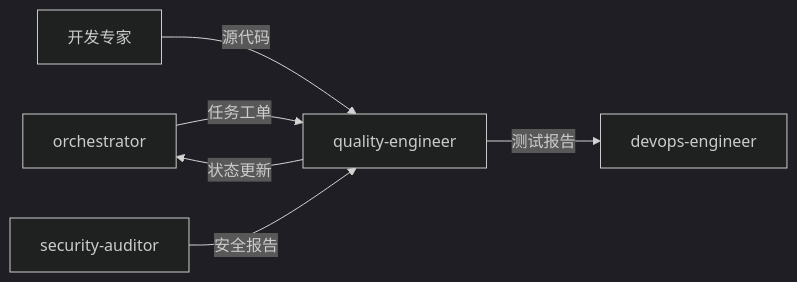
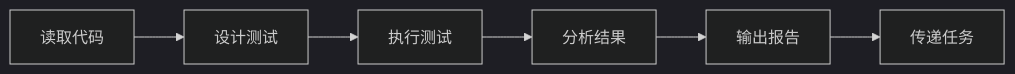
One commit to Tooooommy/Trae-Workflow changed the diagram in skills/quality-engineer/SKILL.md. Above: the diagram before and after it, drawn with Mermaid (dark theme). The commit also changed other lines of this file and 8 other files, not shown here.

````diff
--- a/skills/quality-engineer/SKILL.md
+++ b/skills/quality-engineer/SKILL.md
@@ -60,8 +60,8 @@
 ```mermaid
 flowchart LR
-    A[orchestrator] -->|任务工单| B[quality-engineer]
-    C[开发专家] -->|源代码| B
-    D[security-auditor] -->|安全报告| B
-    B -->|测试报告| E[devops-engineer]
-    B -->|状态更新| A
+    A[读取代码] --> B[设计测试]
+    B --> C[执行测试]
+    C --> D[分析结果]
+    D --> E[输出报告]
+    E --> F[传递任务]
 ```
````
